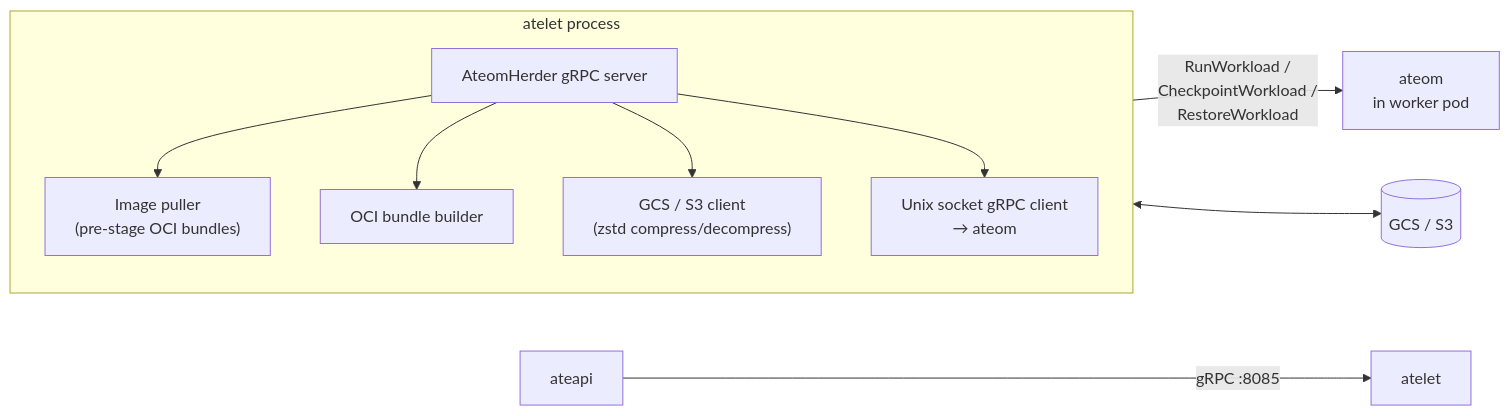
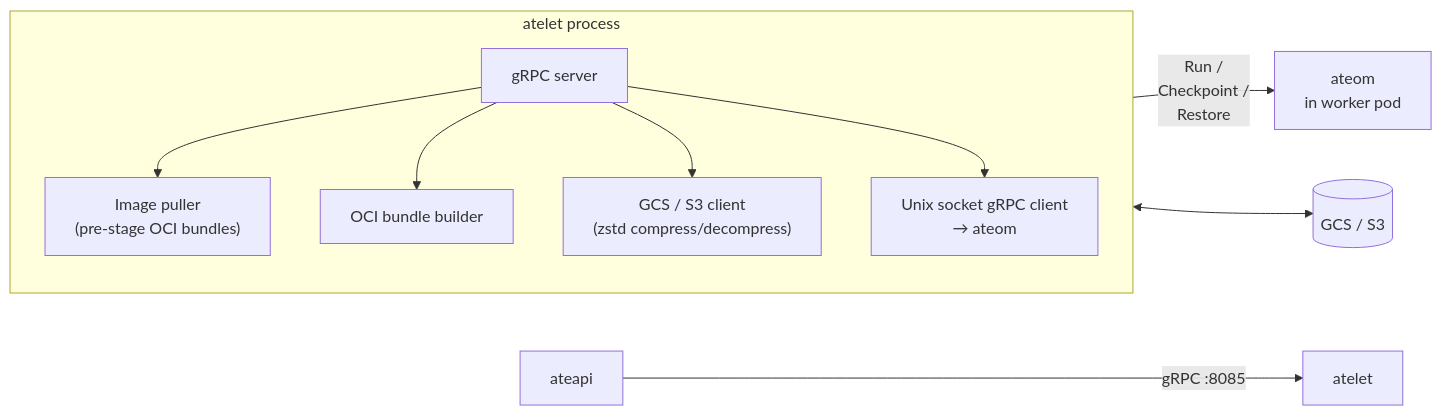
The diagram in atlas/src/content/docs/components/atelet.mdx (christian-posta/substrate), drawn with Mermaid before and after one commit. The commit also changed other lines of this file and 27 other files, not shown here.

````diff
--- a/atlas/src/content/docs/components/atelet.mdx
+++ b/atlas/src/content/docs/components/atelet.mdx
@@ -15,25 +15,25 @@
 ```mermaid
 flowchart LR
   API[ateapi] -- gRPC :8085 --> AT[atelet]
 
   subgraph AT_internals["atelet process"]
     direction TB
-    SRV["AteomHerder gRPC server"]
+    SRV["gRPC server"]
     PULL["Image puller<br/>(pre-stage OCI bundles)"]
     OCI["OCI bundle builder"]
     OBJ["GCS / S3 client<br/>(zstd compress/decompress)"]
     SOCK["Unix socket gRPC client<br/>→ ateom"]
   end
 
   SRV --> PULL
   SRV --> OCI
   SRV --> OBJ
   SRV --> SOCK
 
-  SOCK -- "RunWorkload /<br/>CheckpointWorkload /<br/>RestoreWorkload" --> OM[ateom<br/>in worker pod]
+  SOCK -- "Run /<br/>Checkpoint /<br/>Restore" --> OM[ateom<br/>in worker pod]
   OBJ <--> GCS[("GCS / S3")]
 
   click API "/components/ateapi/" "ateapi"
   click OM "/components/ateom-gvisor/" "ateom"
   click GCS "/components/storage/" "Storage"
 ```
````
